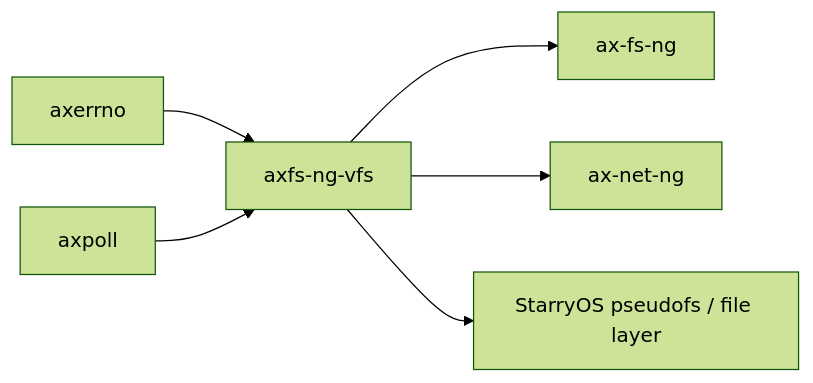
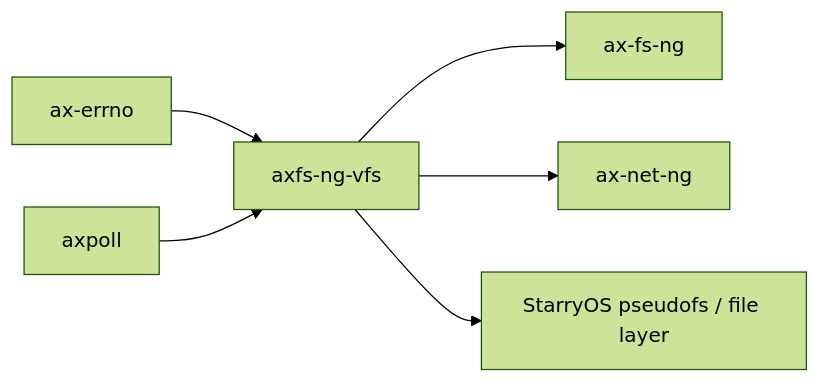
Before and after one commit to zKurisu/tgoskits: the second of 2 diagrams in docs/crates/axfs-ng-vfs.md, drawn with Mermaid (forest theme). The commit also changed other lines of this file and 278 other files, not shown here.

Commit message:
rename axerrno to ax-errno

````diff
--- a/docs/crates/axfs-ng-vfs.md
+++ b/docs/crates/axfs-ng-vfs.md
@@ -98,9 +98,9 @@
 ```mermaid
 graph LR
-    axerrno["axerrno"] --> current["axfs-ng-vfs"]
+    ax_errno["ax-errno"] --> current["axfs-ng-vfs"]
     axpoll["axpoll"] --> current
 
     current --> axfs_ng["ax-fs-ng"]
     current --> ax-net_ng["ax-net-ng"]
     current --> starry_pseudofs["StarryOS pseudofs / file layer"]
 ```
````
